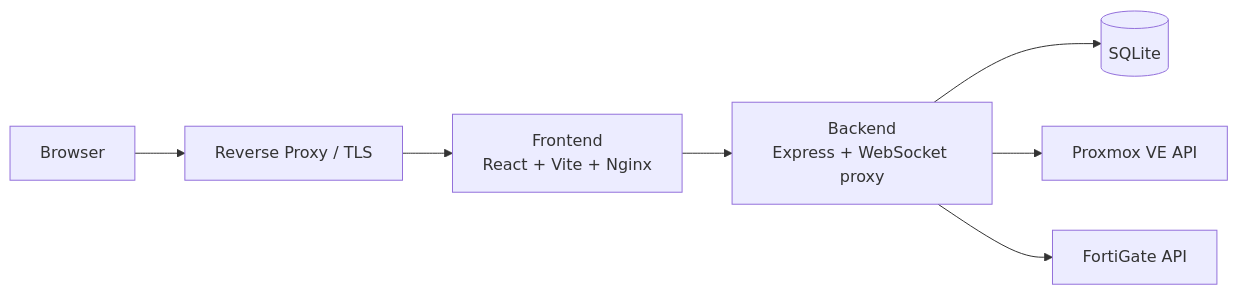
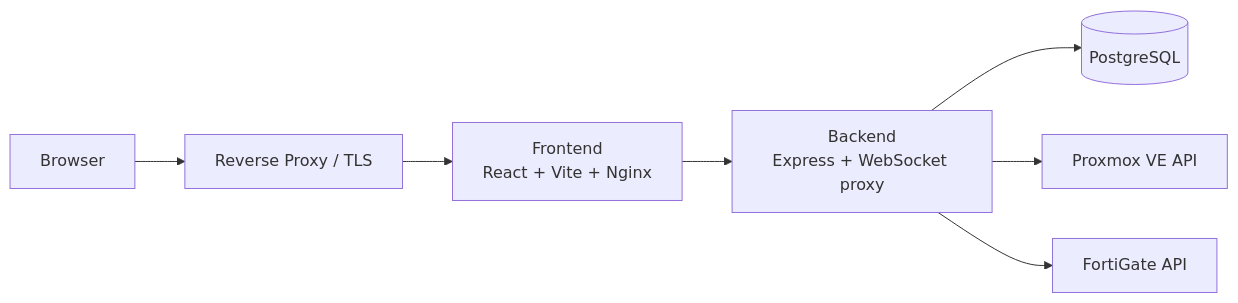
Before and after one commit to jonarihen/Homelabrrr: the diagram in README.md, drawn with Mermaid. The commit also changed other lines of this file and 2 other files, not shown here.

First line of the commit message:
Document the PostgreSQL migration

````diff
--- a/README.md
+++ b/README.md
@@ -91,9 +91,9 @@
 ```mermaid
 flowchart LR
     U[Browser] --> RP[Reverse Proxy / TLS]
     RP --> FE[Frontend<br/>React + Vite + Nginx]
     FE --> BE[Backend<br/>Express + WebSocket proxy]
-    BE --> DB[(SQLite)]
+    BE --> DB[(PostgreSQL)]
     BE --> PVE[Proxmox VE API]
     BE --> FGT[FortiGate API]
 ```
````
